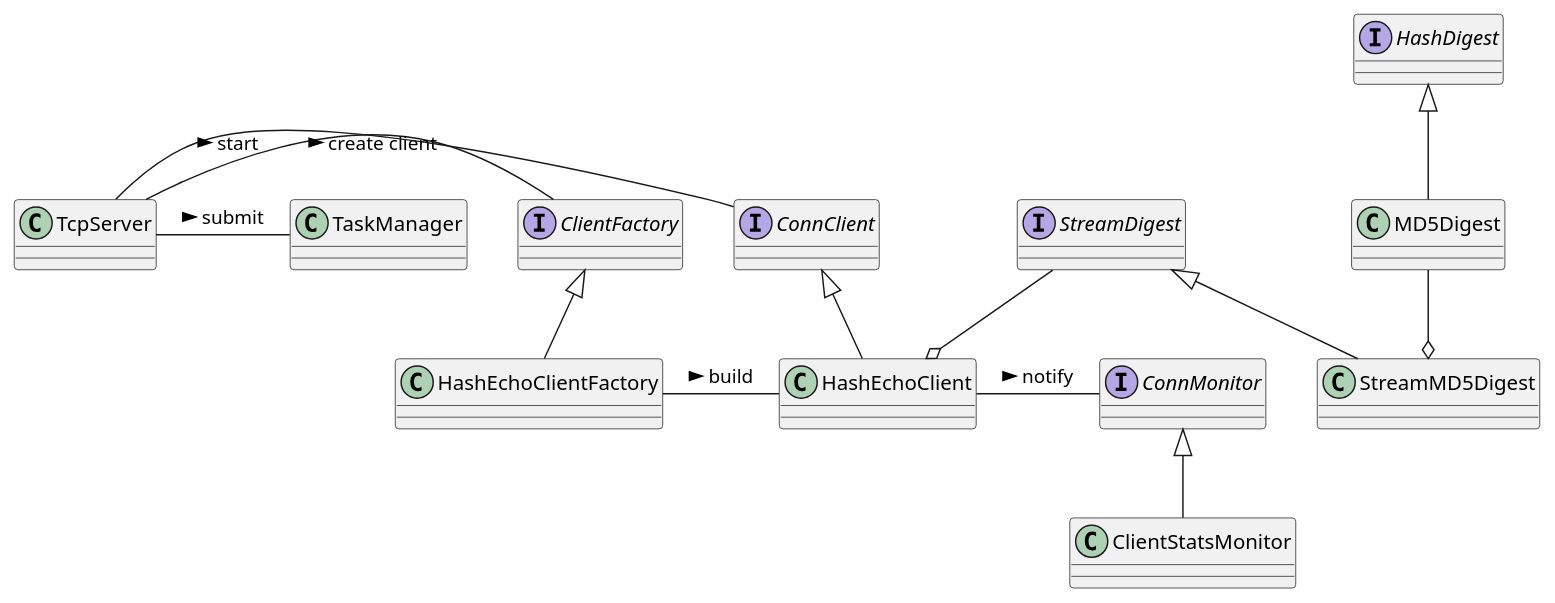
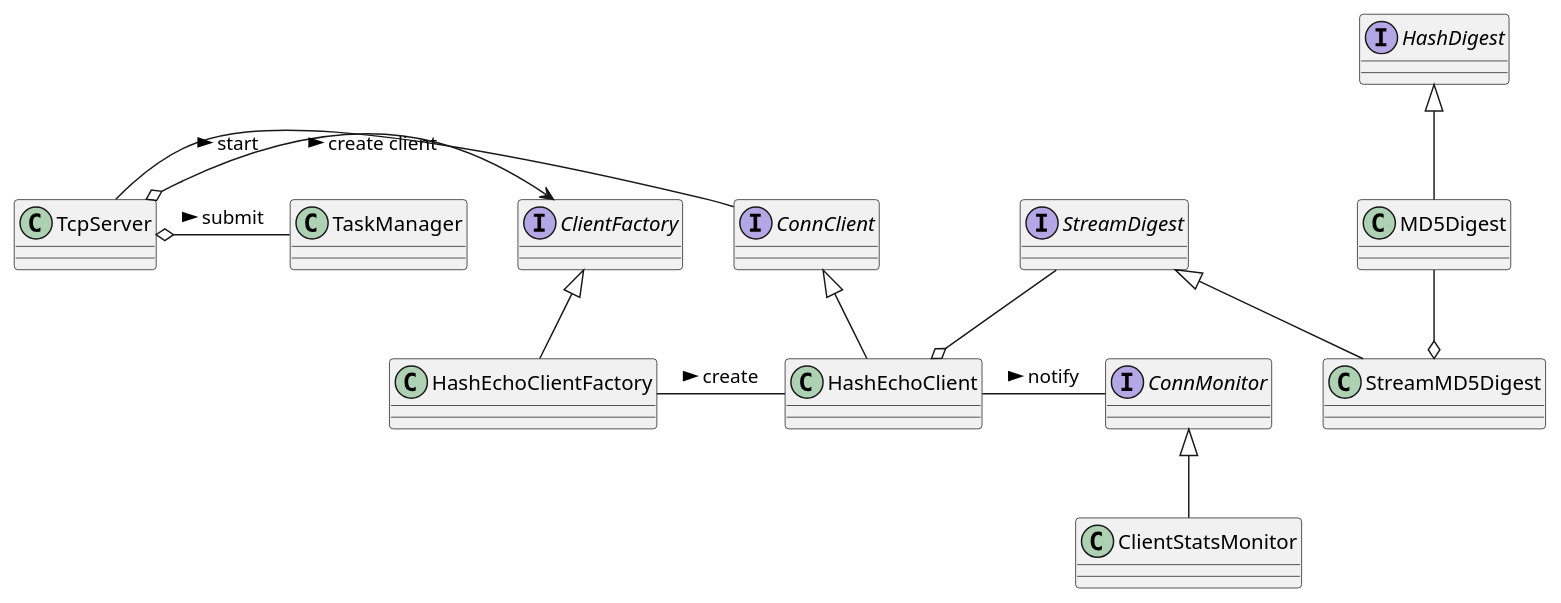
The diagram in src/tserver_classes.puml (VadimZy/tnetserver), drawn with PlantUML before and after one commit. The commit also changed 1 other file, not shown here.

```diff
--- a/src/tserver_classes.puml
+++ b/src/tserver_classes.puml
@@ -1,33 +1,33 @@
 @startuml
 'https://plantuml.com/class-diagram
 
 interface ConnClient
 interface ClientFactory
 interface ConnMonitor
 interface HashDigest
 interface StreamDigest
 
 
 class HashEchoClient
 class MD5Digest
 class ClientStatsMonitor
 class HashEchoClientFactory
 class TcpServer
 class TaskManager
 
 ConnClient <|--HashEchoClient
 HashDigest <|-- MD5Digest
 StreamDigest <|-- StreamMD5Digest
 ConnMonitor <|-- ClientStatsMonitor
 ClientFactory <|-- HashEchoClientFactory
 
-TcpServer - ClientFactory : > create client
+TcpServer o-> ClientFactory : > create client
 TcpServer - ConnClient : > start
-TcpServer - TaskManager : > submit
+TcpServer o- TaskManager : > submit
 
 MD5Digest --o StreamMD5Digest
 StreamDigest --o HashEchoClient
-HashEchoClientFactory - HashEchoClient : > build
+HashEchoClientFactory - HashEchoClient : > create
 HashEchoClient - ConnMonitor : > notify
 
 @enduml
```
